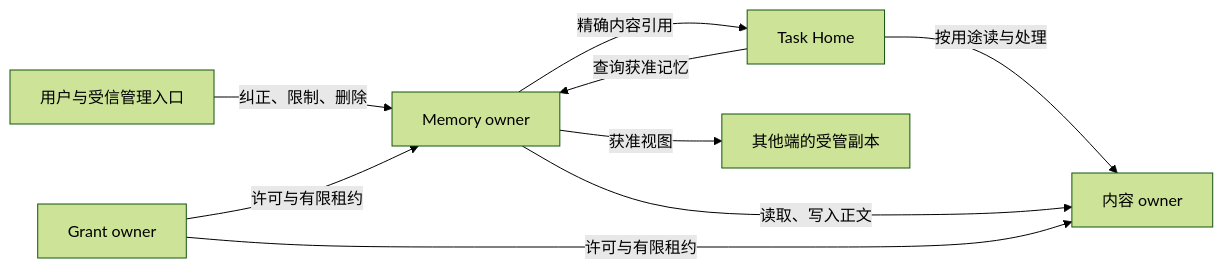
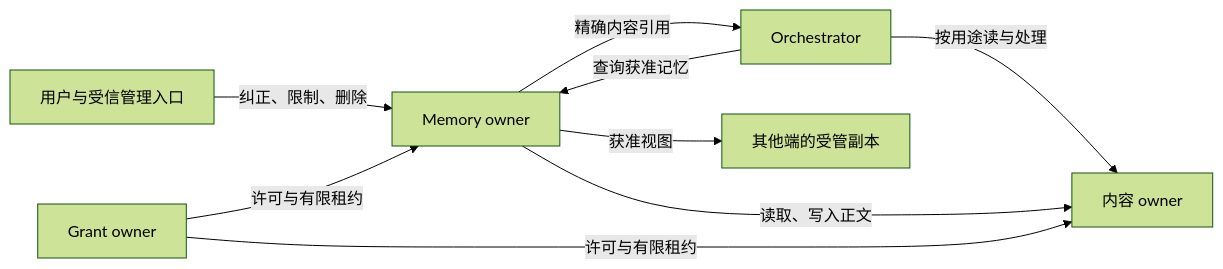
One commit to ruipengliu/lerna changed the first of 3 diagrams in docs/architecture/memory/README.md. Above: the diagram before and after it, drawn with Mermaid (forest theme). The commit also changed other lines of this file and 174 other files, not shown here.

Commit message:
docs: rename task runtime to orchestrator

````diff
--- a/docs/architecture/memory/README.md
+++ b/docs/architecture/memory/README.md
@@ -27,11 +27,11 @@
 ```mermaid
 flowchart LR
     User[用户与受信管理入口] -->|纠正、限制、删除| Memory[Memory owner]
-    Home[Task Home] -->|查询获准记忆| Memory
-    Memory -->|精确内容引用| Home
-    Home -->|按用途读与处理| Content[内容 owner]
+    Orchestrator[Orchestrator] -->|查询获准记忆| Memory
+    Memory -->|精确内容引用| Orchestrator
+    Orchestrator -->|按用途读与处理| Content[内容 owner]
     Memory -->|读取、写入正文| Content
     Memory -->|获准视图| Replica[其他端的受管副本]
     Auth[Grant owner] -->|许可与有限租约| Memory
     Auth -->|许可与有限租约| Content
 ```
````
